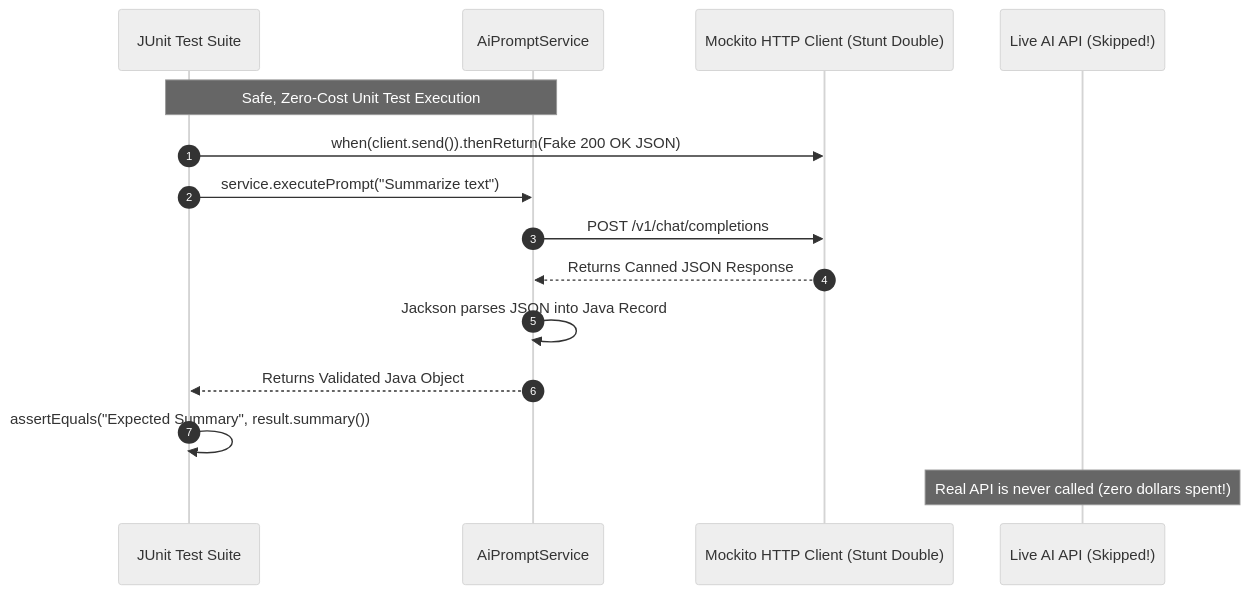
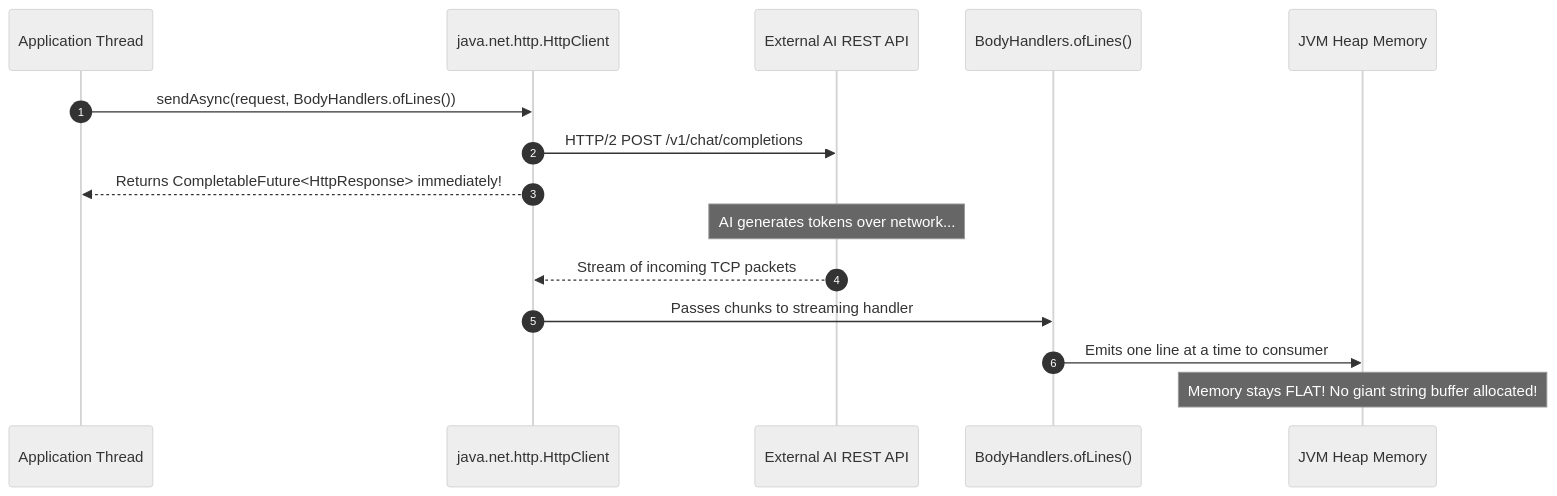
The second of 3 diagrams in Phase_01_Java_Foundations/Day_08_IO_HTTP_JSON_Testing/Day_08_IO_HTTP_JSON_Testing.md (SrinuRenangi/Gen-AI-Java), drawn with Mermaid (neutral theme) before and after one commit. The commit also changed other lines of this file and 1 other file, not shown here.

Commit message:
docs(day08): update Day 08 reference guide with NIO zero-copy buffers, HttpClient streaming, and Mockito proxy dispatch

````diff
--- a/Phase_01_Java_Foundations/Day_08_IO_HTTP_JSON_Testing/Day_08_IO_HTTP_JSON_Testing.md
+++ b/Phase_01_Java_Foundations/Day_08_IO_HTTP_JSON_Testing/Day_08_IO_HTTP_JSON_Testing.md
@@ -66,18 +119,20 @@
 ```mermaid
 sequenceDiagram
     autonumber
-    participant Test as JUnit Test Suite
-    participant Service as AiPromptService
-    participant Mock as Mockito HTTP Client (Stunt Double)
-    participant Live as Live AI API (Skipped!)
+    participant App as Application Thread
+    participant Client as java.net.http.HttpClient
+    participant Net as External AI REST API
+    participant Handler as BodyHandlers.ofLines()
+    participant Heap as JVM Heap Memory
 
-    Note over Test,Service: Safe, Zero-Cost Unit Test Execution
-    Test->>Mock: when(client.send()).thenReturn(Fake 200 OK JSON)
-    Test->>Service: service.executePrompt("Summarize text")
-    Service->>Mock: POST /v1/chat/completions
-    Mock-->>Service: Returns Canned JSON Response
-    Service->>Service: Jackson parses JSON into Java Record
-    Service-->>Test: Returns Validated Java Object
-    Test->>Test: assertEquals("Expected Summary", result.summary())
-    Note over Live: Real API is never called (zero dollars spent!)
+    App->>Client: sendAsync(request, BodyHandlers.ofLines())
+    Client->>Net: HTTP/2 POST /v1/chat/completions
+    Client-->>App: Returns CompletableFuture<HttpResponse> immediately!
+    
+    Note over Net: AI generates tokens over network...
+    
+    Net-->>Client: Stream of incoming TCP packets
+    Client->>Handler: Passes chunks to streaming handler
+    Handler->>Heap: Emits one line at a time to consumer
+    Note over Heap: Memory stays FLAT! No giant string buffer allocated!
 ```
````
